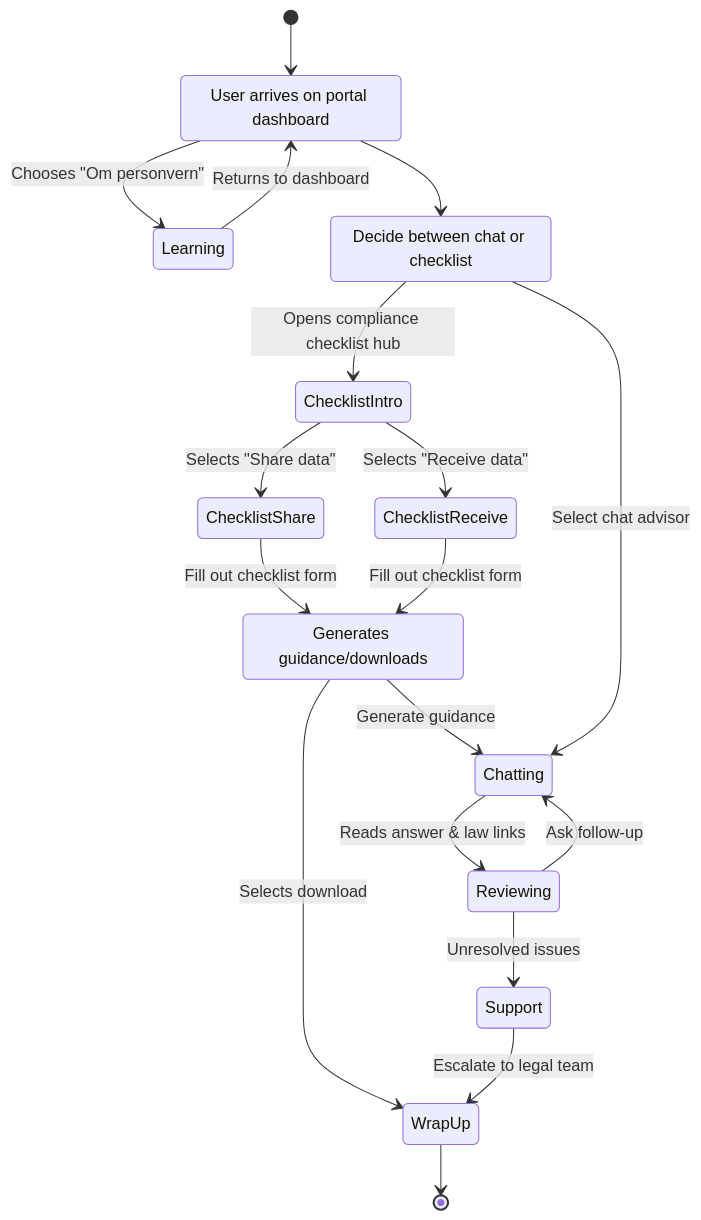
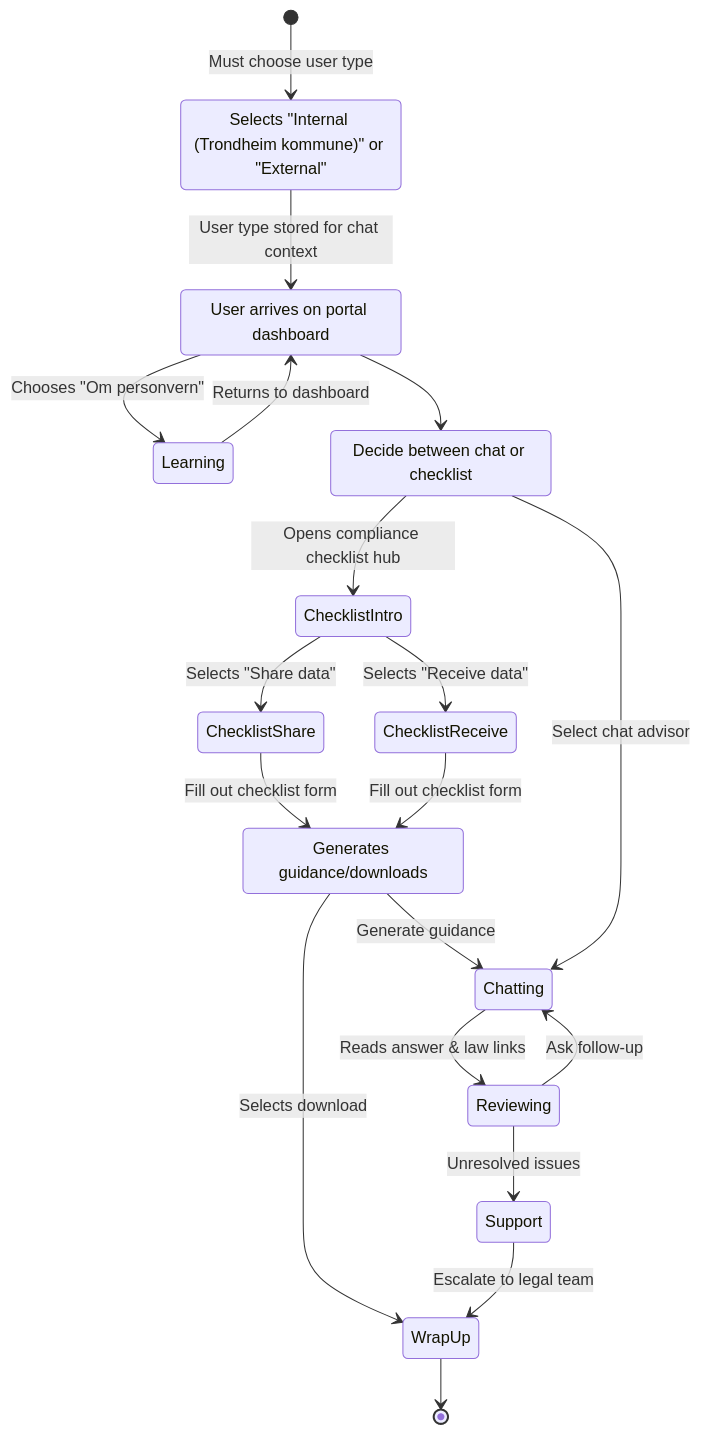
The second of 7 diagrams in docs/diagrams.md (CDP-group-9/CDP_Trondheim_Kommune), drawn with Mermaid before and after one commit. The commit also changed other lines of this file, not shown here.

Commit message:
feat(#135): add diagram of checklist flow and added user type to state diagram

````diff
--- a/docs/diagrams.md
+++ b/docs/diagrams.md
@@ -185,23 +185,25 @@
 ```mermaid
 stateDiagram-v2
-    [*] --> Landing
+    [*] --> UserTypeSelect : Must choose user type
+    UserTypeSelect : Selects "Internal (Trondheim kommune)" or "External"
+    UserTypeSelect --> Landing : User type stored for chat context
     Landing : User arrives on portal dashboard
     Landing --> Learning : Chooses "Om personvern"
     Learning --> Landing : Returns to dashboard
     Landing --> DecidePath
     Chatting --> Reviewing : Reads answer & law links
     DecidePath --> ChecklistIntro : Opens compliance checklist hub
     ChecklistIntro --> ChecklistReceive : Selects "Receive data"
     ChecklistIntro --> ChecklistShare : Selects "Share data"
     ChecklistReview : Generates guidance/downloads
     ChecklistShare --> ChecklistReview : Fill out checklist form
     ChecklistReceive --> ChecklistReview : Fill out checklist form
     ChecklistReview --> WrapUp : Selects download
     ChecklistReview --> Chatting : Generate guidance
     DecidePath : Decide between chat or checklist
     DecidePath --> Chatting : Select chat advisor
     Reviewing --> Chatting : Ask follow-up
     Reviewing --> Support : Unresolved issues
     Support --> WrapUp : Escalate to legal team
     WrapUp --> [*]
 ```
````
